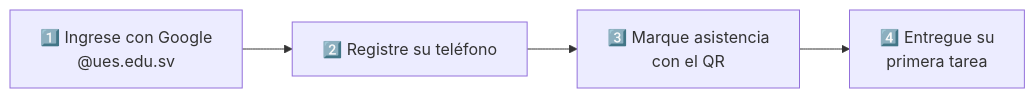
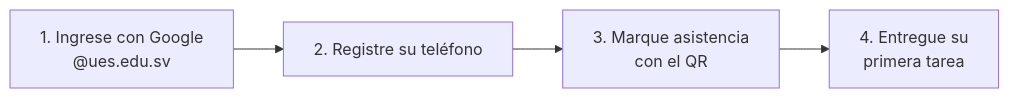
Before and after one commit to evervc-dev/lms-ues-fmo: the first of 2 diagrams in docs/11 Manuales/Guía de bienvenida.md, drawn with Mermaid. The commit also changed other lines of this file and 905 other files, not shown here.

First line of the commit message:
chore(sync): completa la migración con el estado de test de lms-ues

````diff
--- a/docs/11 Manuales/Guía de bienvenida.md
+++ b/docs/11 Manuales/Guía de bienvenida.md
@@ -14,6 +15,6 @@
 ```mermaid
 flowchart LR
-  A["1️⃣ Ingrese con Google<br/>@ues.edu.sv"] --> B["2️⃣ Registre su teléfono"]
-  B --> C["3️⃣ Marque asistencia<br/>con el QR"]
-  C --> D["4️⃣ Entregue su<br/>primera tarea"]
+  A["1. Ingrese con Google<br/>@ues.edu.sv"] --> B["2. Registre su teléfono"]
+  B --> C["3. Marque asistencia<br/>con el QR"]
+  C --> D["4. Entregue su<br/>primera tarea"]
 ```
````
